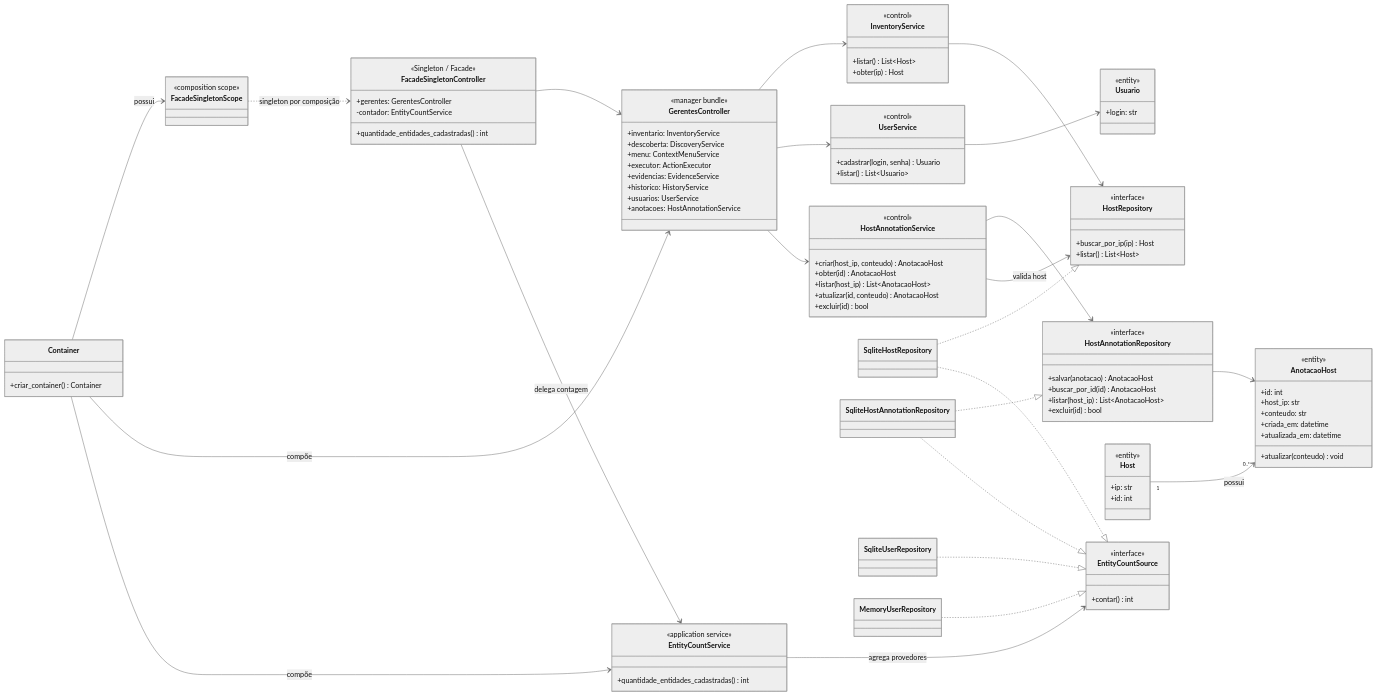
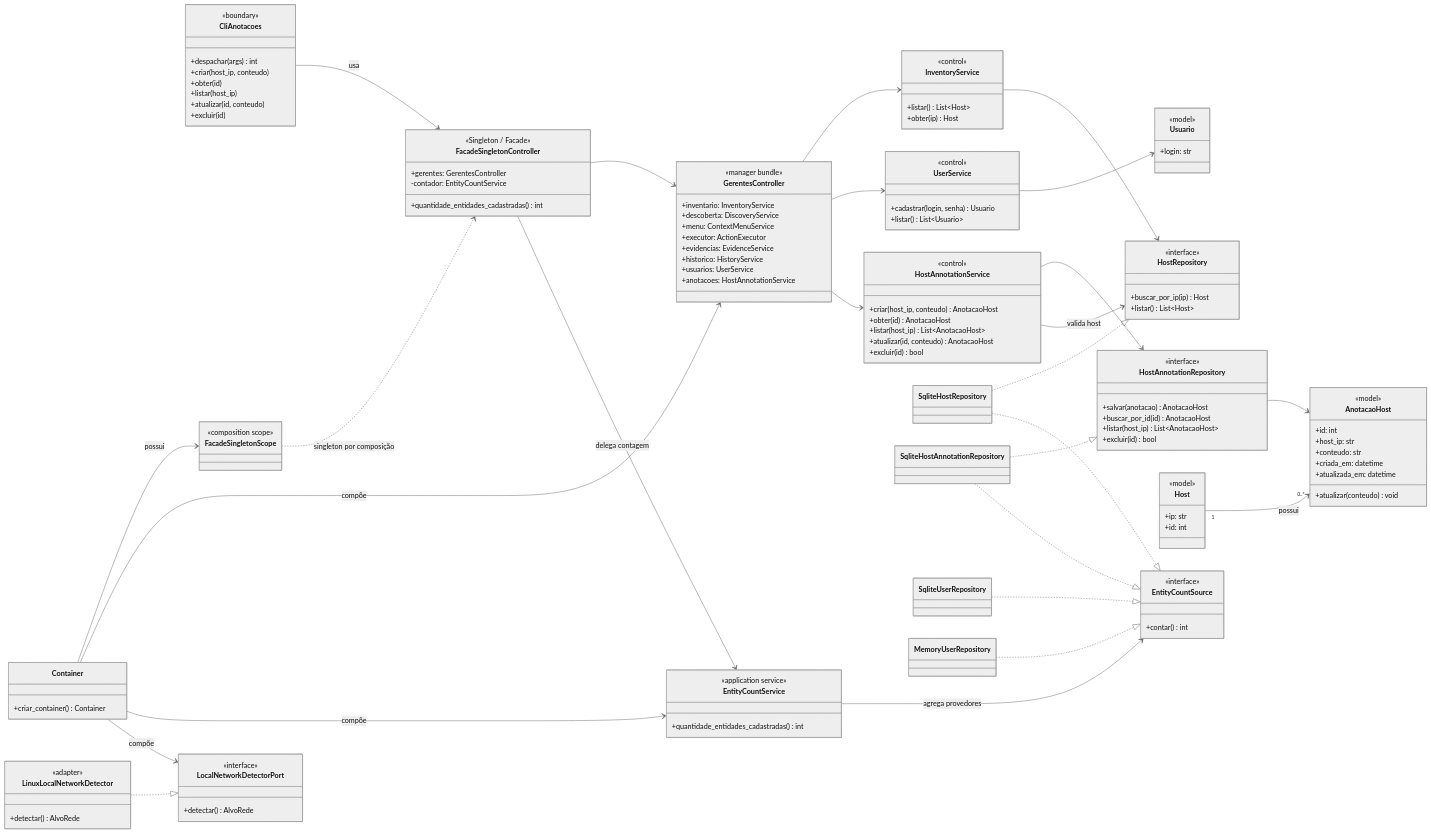
One commit to tupperwave/Projeto_MPS changed the first of 3 diagrams in docs/05-analise.md. Above: the diagram before and after it, drawn with Mermaid (neutral theme). The commit also changed other lines of this file and 9 other files, not shown here.

Commit message:
feat(sprint3): disponibiliza CRUD de anotacoes na CLI

```diff
--- a/docs/05-analise.md
+++ b/docs/05-analise.md
@@ -9,6 +9,15 @@
     direction LR
     class Container {
         +criar_container() Container
+    }
+    class CliAnotacoes {
+        <<boundary>>
+        +despachar(args) int
+        +criar(host_ip, conteudo)
+        +obter(id)
+        +listar(host_ip)
+        +atualizar(id, conteudo)
+        +excluir(id)
     }
     class FacadeSingletonController {
         <<Singleton / Facade>>
@@ -37,6 +46,14 @@
     class EntityCountSource {
         <<interface>>
         +contar() int
+    }
+    class LocalNetworkDetectorPort {
+        <<interface>>
+        +detectar() AlvoRede
+    }
+    class LinuxLocalNetworkDetector {
+        <<adapter>>
+        +detectar() AlvoRede
     }
     class InventoryService {
         <<control>>
@@ -71,16 +88,16 @@
     class SqliteHostRepository
     class SqliteHostAnnotationRepository
     class Host {
-        <<entity>>
+        <<model>>
         +ip: str
         +id: int
     }
     class Usuario {
-        <<entity>>
+        <<model>>
         +login: str
     }
     class AnotacaoHost {
-        <<entity>>
+        <<model>>
         +id: int
         +host_ip: str
         +conteudo: str
@@ -92,6 +109,9 @@
     Container --> FacadeSingletonScope : possui
     Container --> GerentesController : compõe
     Container --> EntityCountService : compõe
+    Container --> LocalNetworkDetectorPort : compõe
+    CliAnotacoes --> FacadeSingletonController : usa
+    LinuxLocalNetworkDetector ..|> LocalNetworkDetectorPort
     FacadeSingletonScope ..> FacadeSingletonController : singleton por composição
     FacadeSingletonController --> GerentesController
     FacadeSingletonController --> EntityCountService : delega contagem
```
